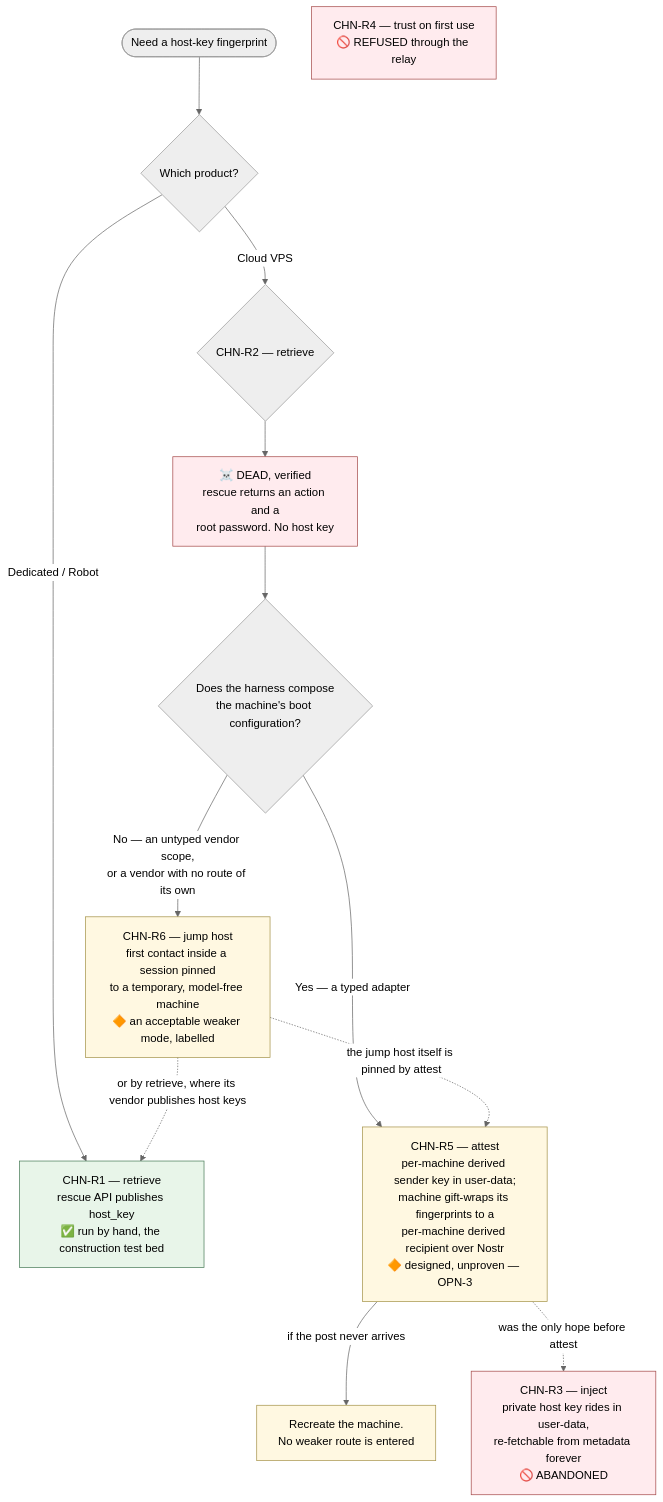
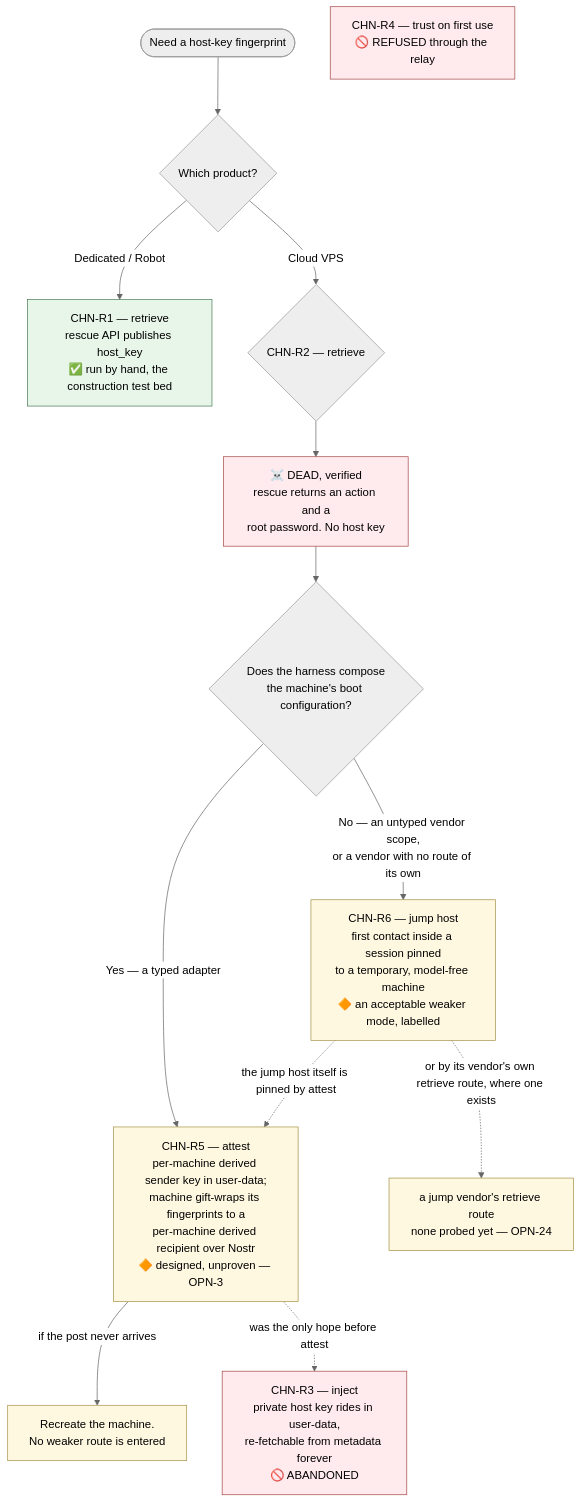
The first of 2 diagrams in 02-channel.md (douglaz/tau-web-spec), drawn with Mermaid (neutral theme) before and after one commit. The commit also changed other lines of this file and 4 other files, not shown here.

````diff
--- a/02-channel.md
+++ b/02-channel.md
@@ -32,21 +32,21 @@
 ```mermaid
 flowchart TD
     START([Need a host-key fingerprint]) --> PROD{Which product?}
     PROD -->|Dedicated / Robot| R1["CHN-R1 — retrieve<br/>rescue API publishes host_key<br/>✅ run by hand, the construction test bed"]
     PROD -->|Cloud VPS| R2{"CHN-R2 — retrieve"}
     R2 --> R2D["☠️ DEAD, verified<br/>rescue returns an action and a<br/>root password. No host key"]
     R2D --> BOOT{"Does the harness compose<br/>the machine's boot configuration?"}
     BOOT -->|"Yes — a typed adapter"| R5["CHN-R5 — attest<br/>per-machine derived sender key in user-data;<br/>machine gift-wraps its fingerprints to a<br/>per-machine derived recipient over Nostr<br/>🔶 designed, unproven — OPN-3"]
     BOOT -->|"No — an untyped vendor scope,<br/>or a vendor with no route of its own"| R6["CHN-R6 — jump host<br/>first contact inside a session pinned<br/>to a temporary, model-free machine<br/>🔶 an acceptable weaker mode, labelled"]
     R5 -->|"if the post never arrives"| RC["Recreate the machine.<br/>No weaker route is entered"]
     R6 -.->|"the jump host itself is pinned by attest"| R5
-    R6 -.->|"or by retrieve, where its vendor publishes host keys"| R1
+    R6 -.->|"or by its vendor's own retrieve route, where one exists"| RJ["a jump vendor's retrieve route<br/>none probed yet — OPN-24"]
     R5 -.->|"was the only hope before attest"| R3["CHN-R3 — inject<br/>private host key rides in user-data,<br/>re-fetchable from metadata forever<br/>🚫 ABANDONED"]
     R4["CHN-R4 — trust on first use<br/>🚫 REFUSED through the relay"]
     classDef live fill:#e8f5e9,stroke:#4a7c59
     classDef dead fill:#ffebee,stroke:#a54a4a
     classDef pending fill:#fff8e1,stroke:#a5934a
     class R1 live
     class R2D,R3,R4 dead
-    class R5,R6,RC pending
+    class R5,R6,RC,RJ pending
 ```
````
